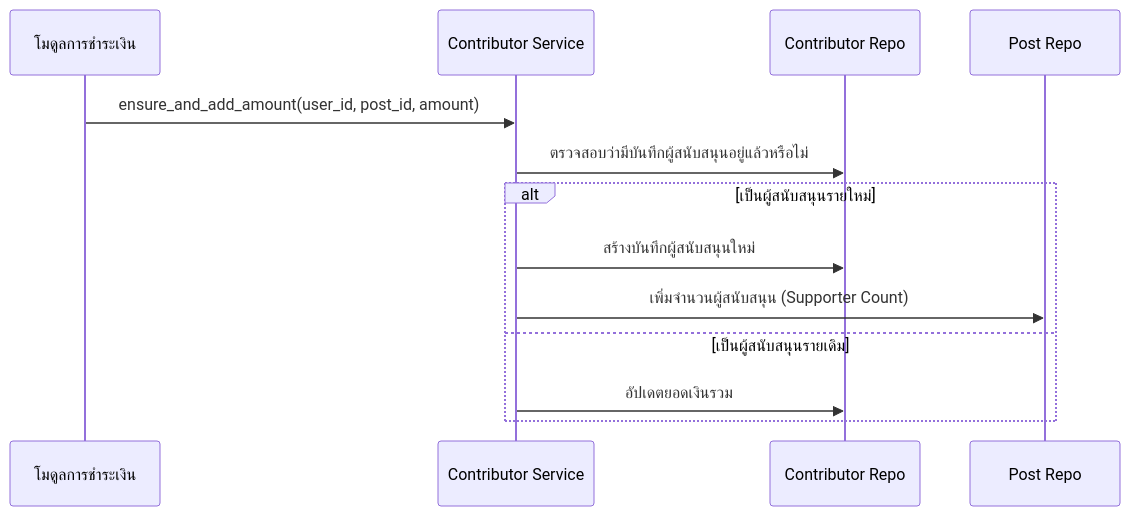
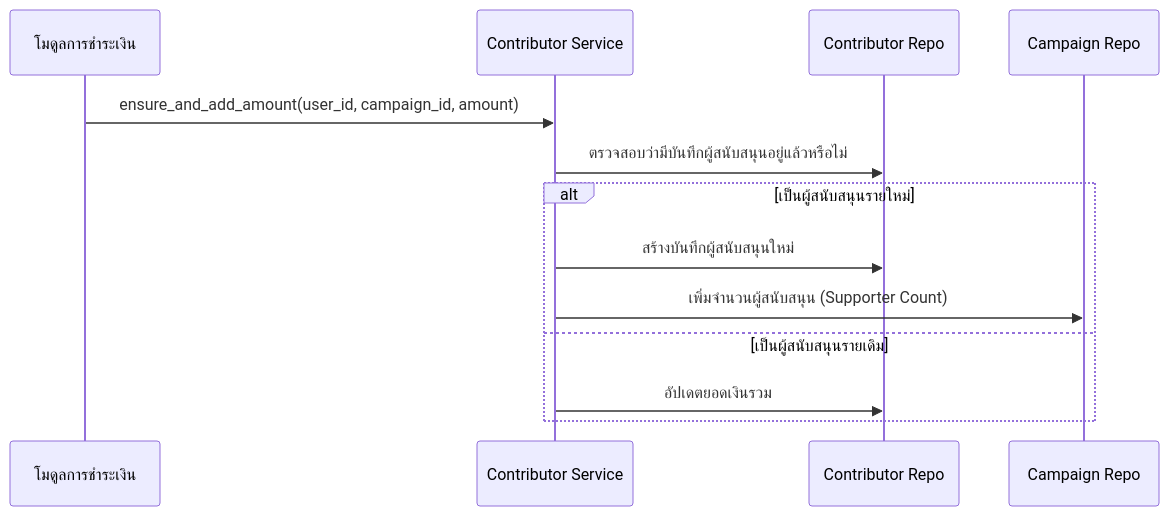
The diagram in docs/developer_manual/th/contributor_module_manual.md (o-kard/okard-backend), drawn with Mermaid before and after one commit. The commit also changed other lines of this file and 11 other files, not shown here.

````diff
--- a/docs/developer_manual/th/contributor_module_manual.md
+++ b/docs/developer_manual/th/contributor_module_manual.md
@@ -26,16 +26,16 @@
 ```mermaid
 sequenceDiagram
     participant Pmt as โมดูลการชำระเงิน
     participant Svc as Contributor Service
     participant Repo as Contributor Repo
-    participant Post as Post Repo
+    participant Camp as Campaign Repo
 
-    Pmt->>Svc: ensure_and_add_amount(user_id, post_id, amount)
+    Pmt->>Svc: ensure_and_add_amount(user_id, campaign_id, amount)
     Svc->>Repo: ตรวจสอบว่ามีบันทึกผู้สนับสนุนอยู่แล้วหรือไม่
     alt เป็นผู้สนับสนุนรายใหม่
         Svc->>Repo: สร้างบันทึกผู้สนับสนุนใหม่
-        Svc->>Post: เพิ่มจำนวนผู้สนับสนุน (Supporter Count)
+        Svc->>Camp: เพิ่มจำนวนผู้สนับสนุน (Supporter Count)
     else เป็นผู้สนับสนุนรายเดิม
         Svc->>Repo: อัปเดตยอดเงินรวม
     end
 ```
````
